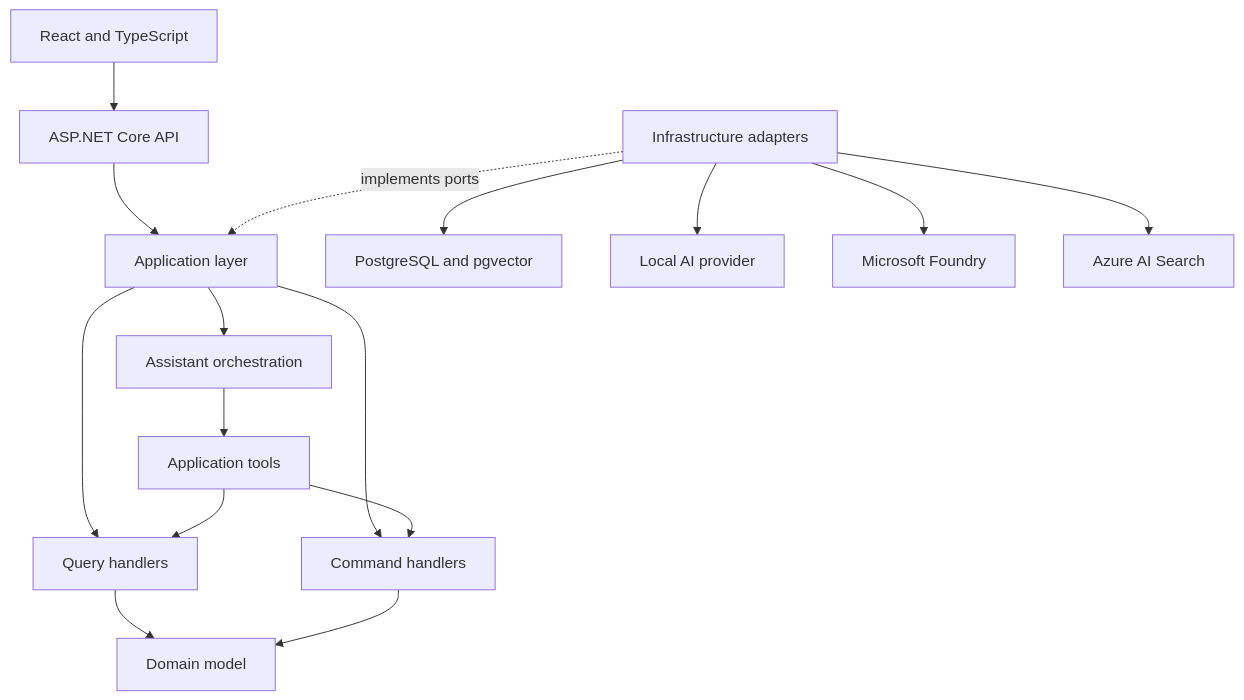
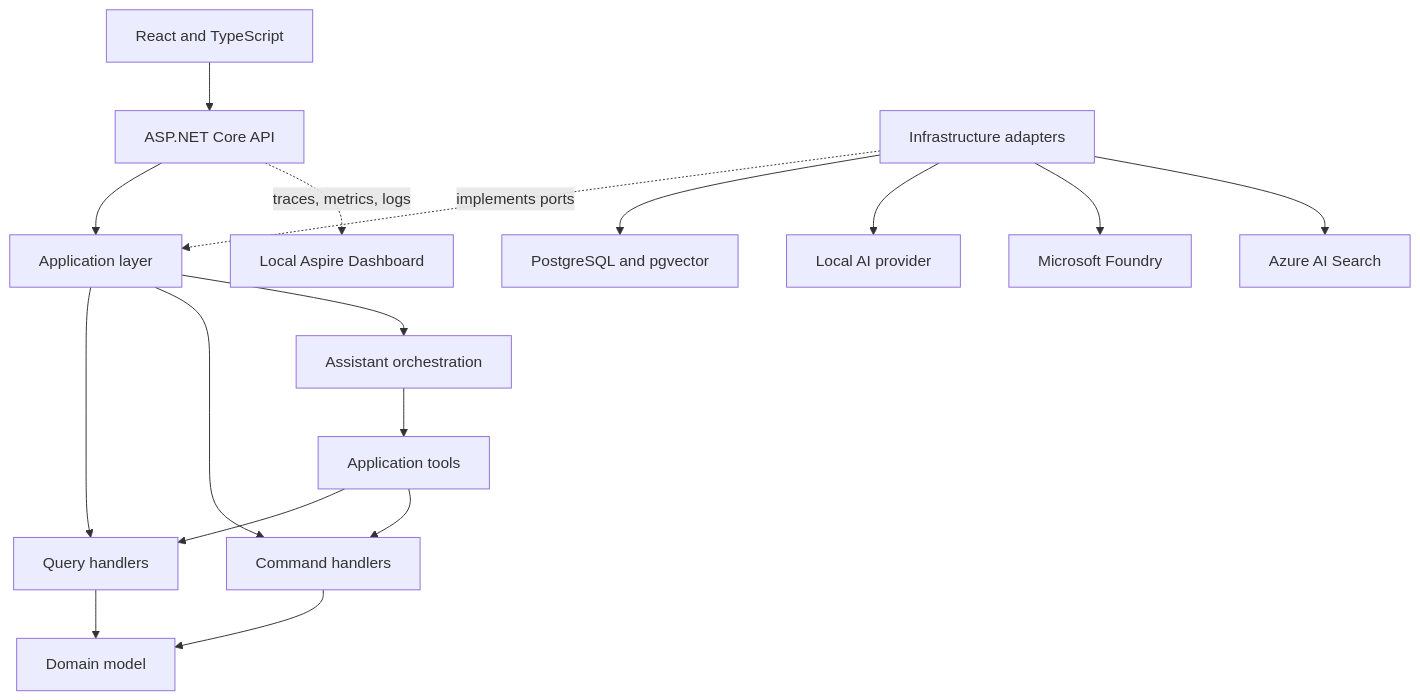
One commit to andreluizleite/ContractIQ changed the diagram in docs/architecture/overview.md. Above: the diagram before and after it, drawn with Mermaid. The commit also changed other lines of this file and 26 other files, not shown here.

````diff
--- a/docs/architecture/overview.md
+++ b/docs/architecture/overview.md
@@ -7,18 +7,19 @@
 ```mermaid
 flowchart TB
     Web[React and TypeScript] --> Api[ASP.NET Core API]
     Api --> Application[Application layer]
     Application --> Queries[Query handlers]
     Application --> Commands[Command handlers]
     Application --> Assistant[Assistant orchestration]
     Assistant --> Tools[Application tools]
     Tools --> Queries
     Tools --> Commands
     Queries --> Domain[Domain model]
     Commands --> Domain
     Infrastructure[Infrastructure adapters] -. implements ports .-> Application
     Infrastructure --> PostgreSQL[PostgreSQL and pgvector]
     Infrastructure --> LocalAI[Local AI provider]
     Infrastructure --> Foundry[Microsoft Foundry]
     Infrastructure --> AzureSearch[Azure AI Search]
+    Api -. traces, metrics, logs .-> Dashboard[Local Aspire Dashboard]
 ```
````
